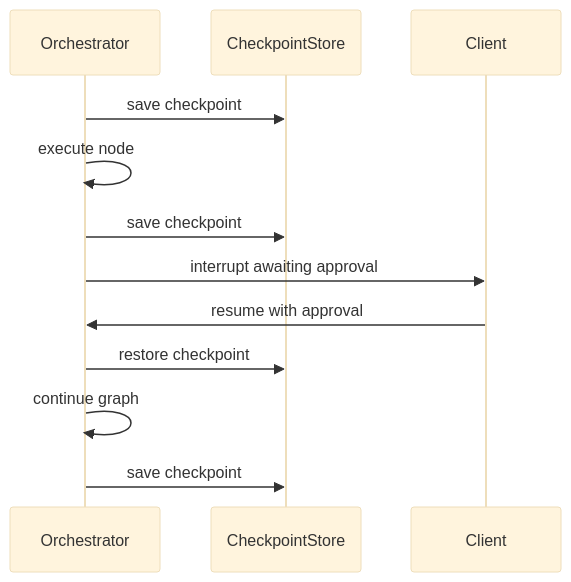
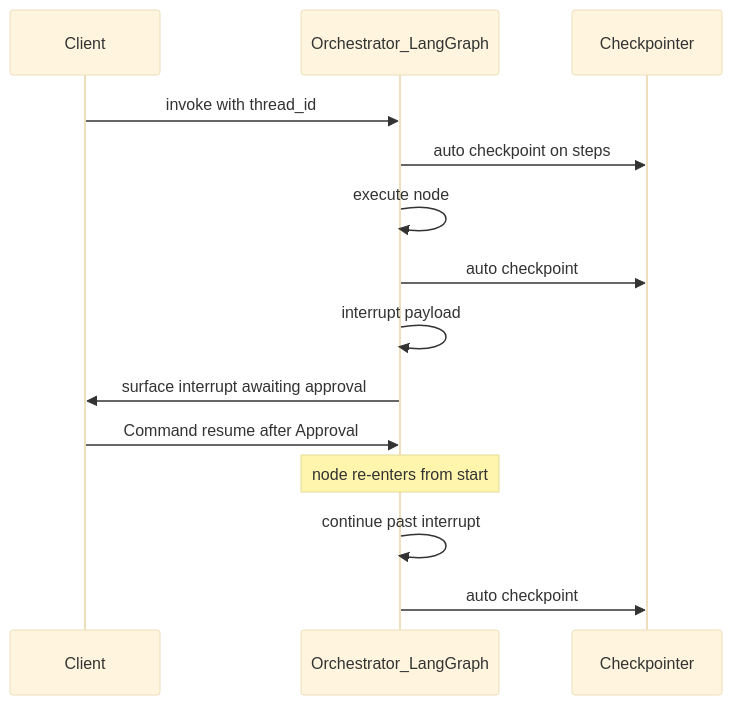
The diagram in SKILLS/backend/assets/diagrams/04-stm-checkpoint-flow.mmd (shivank22/ICE), drawn with Mermaid (base theme) before and after one commit. The commit also changed 93 other files, not shown here.

```diff
--- a/SKILLS/backend/assets/diagrams/04-stm-checkpoint-flow.mmd
+++ b/SKILLS/backend/assets/diagrams/04-stm-checkpoint-flow.mmd
@@ -1,13 +1,15 @@
-%% STM and checkpoint flow
+%% STM and checkpoint flow — LangGraph checkpointer owns saves
 sequenceDiagram
-  participant O as Orchestrator
-  participant CP as CheckpointStore
   participant C as Client
-  O->>CP: save checkpoint
+  participant O as Orchestrator_LangGraph
+  participant CP as Checkpointer
+  C->>O: invoke with thread_id
+  O->>CP: auto checkpoint on steps
   O->>O: execute node
-  O->>CP: save checkpoint
-  O->>C: interrupt awaiting approval
-  C->>O: resume with approval
-  O->>CP: restore checkpoint
-  O->>O: continue graph
-  O->>CP: save checkpoint
+  O->>CP: auto checkpoint
+  O->>O: interrupt payload
+  O->>C: surface interrupt awaiting approval
+  C->>O: Command resume after Approval
+  Note over O: node re-enters from start
+  O->>O: continue past interrupt
+  O->>CP: auto checkpoint
```
